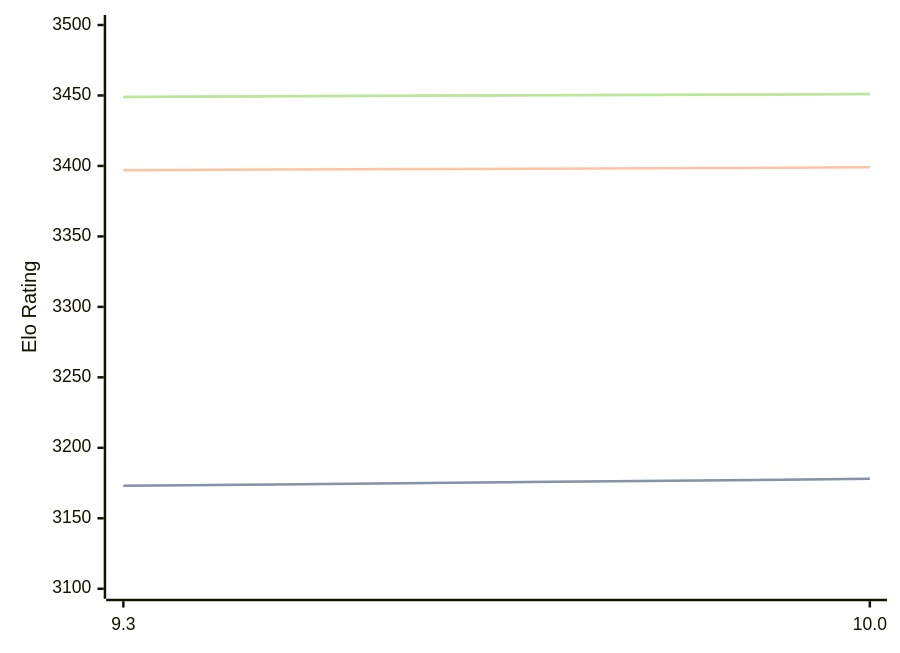
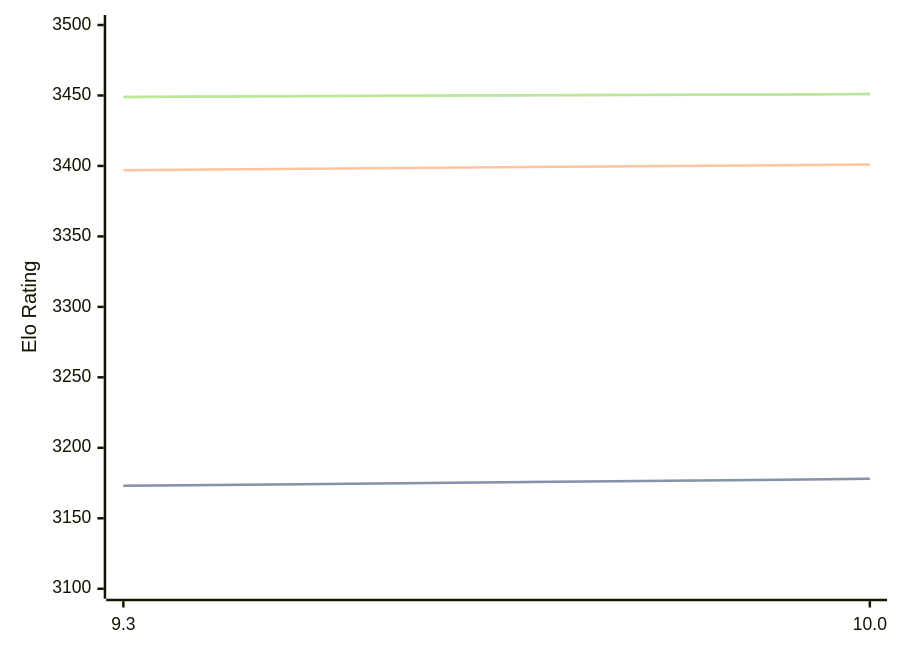
The diagram in engines/Fire.md (computer-chess-index/cci), drawn with Mermaid before and after one commit. The commit also changed other lines of this file, not shown here.

````diff
--- a/engines/Fire.md
+++ b/engines/Fire.md
@@ -47,11 +47,11 @@
 ```mermaid
 %%{init: {"theme":"base","themeVariables":{"seriesColors:['#a3a3a3','#222221','#faa371']}}}%%
 xychart-beta
   x-axis ["9.3", "10.0"]
   y-axis "Elo Rating" 3100 --> 3500
   line "STC (8.0+0.08s)" [3173, 3178]
   line "STC (8.0+0.08s)" [3173, 3178]
-  line "LTC (60.0+0.60s)" [3397, 3399]
+  line "LTC (60.0+0.60s)" [3397, 3401]
   line "VLTC (2m24s+1.12s)" [3449, 3451]
   line "VLTC (2m24s+1.12s)" [3449, 3451]
 ```
````
